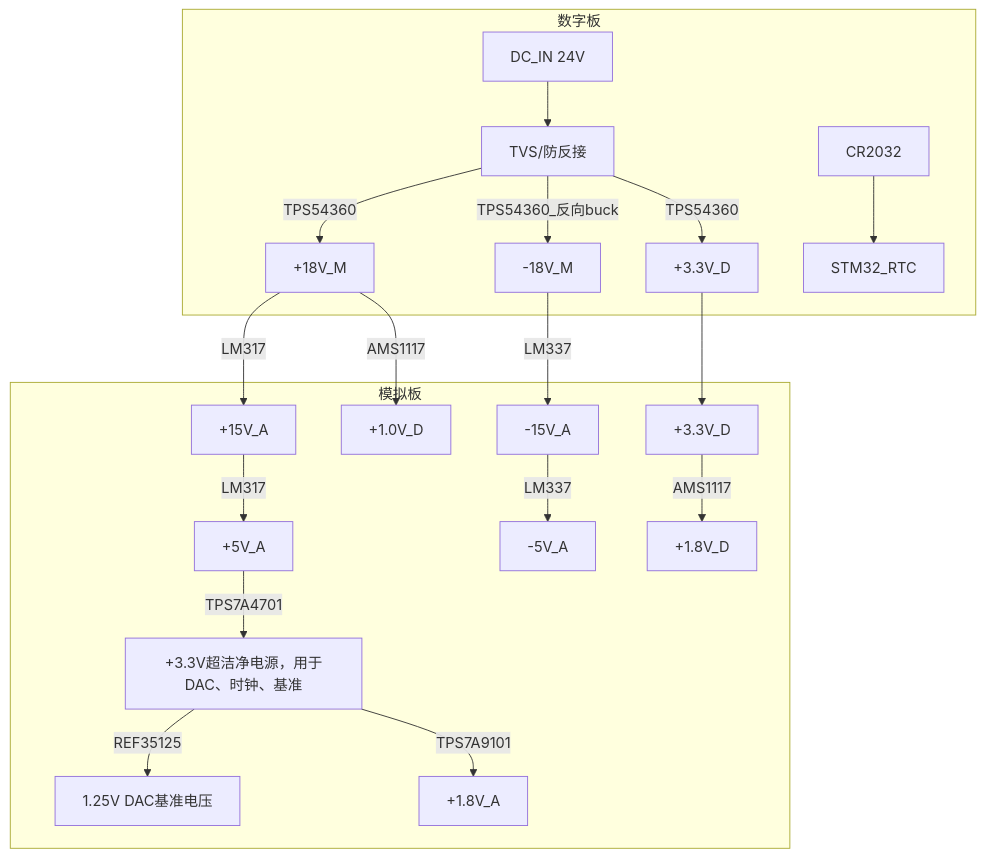
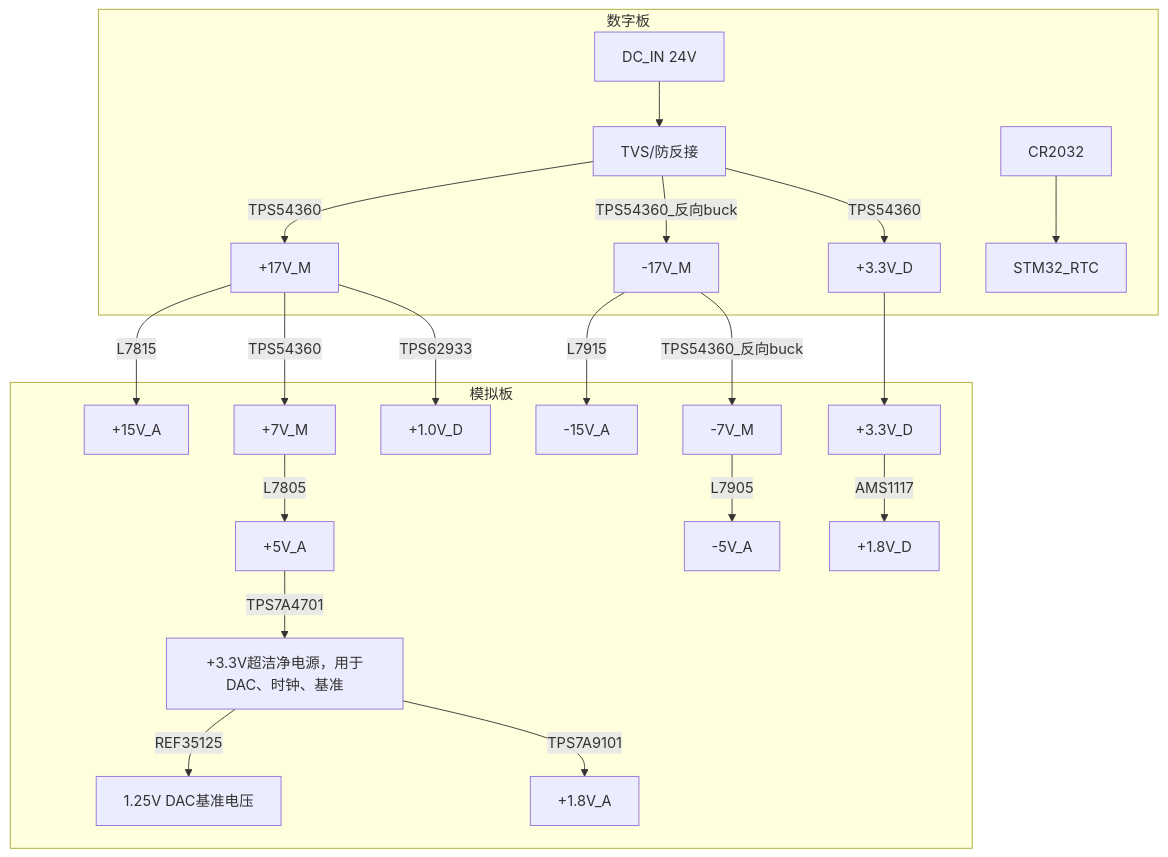
One commit to EERNINUO/ArbWave30 changed the diagram in docs/硬件架构文档.md. Above: the diagram before and after it, drawn with Mermaid. The commit also changed other lines of this file and 7 other files, not shown here.

````diff
--- a/docs/硬件架构文档.md
+++ b/docs/硬件架构文档.md
@@ -97,27 +97,29 @@
 ```mermaid
 graph TD
   subgraph 数字板
   Vin[DC_IN 24V] --> TVS[TVS/防反接]
 
-  TVS -->|TPS54360| +18V_M[+18V_M]
-  TVS -->|TPS54360_反向buck| -18V_M[-18V_M]
+  TVS -->|TPS54360| +17V_M[+17V_M]
+  TVS -->|TPS54360_反向buck| -17V_M[-17V_M]
   TVS -->|TPS54360| +3.3V_D[+3.3V_D]
     +3.3V_D[+3.3V_D]
 
     +3.0V_RTC[CR2032] --> STM32_RTC
   end
 
   subgraph 模拟板
-    +18V_M -->|LM317| +15V_A[+15V_A]
-    -18V_M -->|LM337| -15V_A[-15V_A]
-    +15V_A -->|LM317| +5V_A[+5V_A]
-    -15V_A -->|LM337| -5V_A[-5V_A]
+    +17V_M -->|L7815| +15V_A[+15V_A]  
+    -17V_M -->|L7915| -15V_A[-15V_A]  
+    +17V_M -->|TPS54360| +7V_M[+7V_M]  
+    -17V_M -->|TPS54360_反向buck| -7V_M[-7V_M]  
+    +7V_M -->|L7805| +5V_A[+5V_A]  
+    -7V_M -->|L7905| -5V_A[-5V_A]  
     +5V_A -->|TPS7A4701| +3.3V_A[+3.3V超洁净电源，用于DAC、时钟、基准]
     +3.3V_A -->|REF35125| 1.25[1.25V DAC基准电压]
     +3.3V_A -->|TPS7A9101| +1.8V_A[+1.8V_A]
 
     +3.3V_D --> +3.3V_D_on_A_board[+3.3V_D]
     +3.3V_D_on_A_board -->|AMS1117| +1.8V_D[+1.8V_D]
-    +18V_M -->|AMS1117| +1.0V_D[+1.0V_D]
+    +17V_M -->|TPS62933| +1.0V_D[+1.0V_D]
   end
 ```
````
